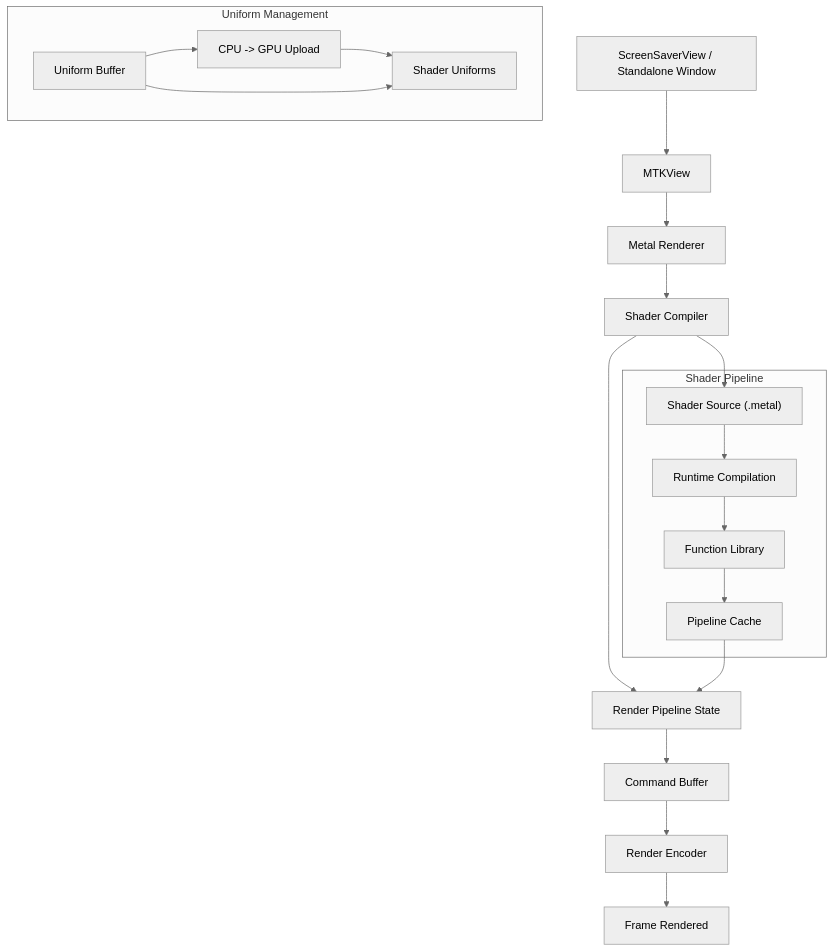
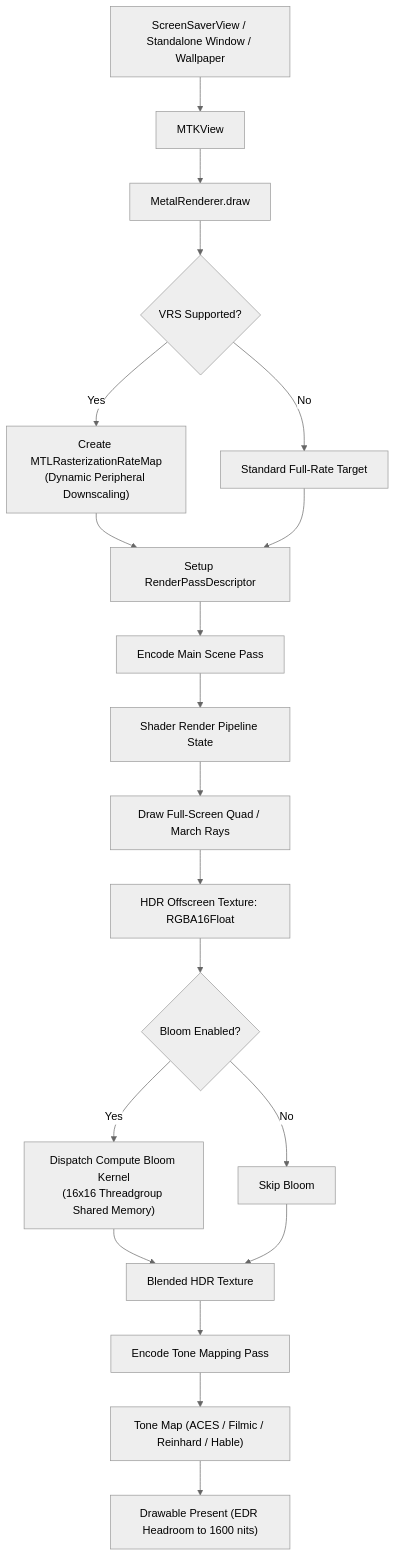
Before and after one commit to 23skdu/ShaderCandy: the first of 11 diagrams in docs/ArchitectureDiagrams.md, drawn with Mermaid (neutral theme). The commit also changed other lines of this file and 32 other files, not shown here.

````diff
--- a/docs/ArchitectureDiagrams.md
+++ b/docs/ArchitectureDiagrams.md
@@ -9,25 +12,25 @@
 ```mermaid
 flowchart TD
-    A[ScreenSaverView / Standalone Window] --> B[MTKView]
-    B --> C[Metal Renderer]
-    C --> D[Shader Compiler]
-    D --> E[Render Pipeline State]
-    E --> F[Command Buffer]
-    F --> G[Render Encoder]
-    G --> H[Frame Rendered]
+    A[ScreenSaverView / Standalone Window / Wallpaper] --> B[MTKView]
+    B --> C[MetalRenderer.draw]
+    C --> D{VRS Supported?}
+    D -->|Yes| E["Create MTLRasterizationRateMap\n(Dynamic Peripheral Downscaling)"]
+    D -->|No| F[Standard Full-Rate Target]
+    E --> G[Setup RenderPassDescriptor]
+    F --> G
 
-    subgraph "Shader Pipeline"
-        I["Shader Source (.metal)"] --> J[Runtime Compilation]
-        J --> K[Function Library]
-        K --> L[Pipeline Cache]
-    end
+    G --> H[Encode Main Scene Pass]
+    H --> I[Shader Render Pipeline State]
+    I --> J[Draw Full-Screen Quad / March Rays]
+    J --> K[HDR Offscreen Texture: RGBA16Float]
 
-    subgraph "Uniform Management"
-        M[Uniform Buffer] --> N["CPU -> GPU Upload"]
-        N --> O[Shader Uniforms]
-    end
+    K --> L{Bloom Enabled?}
+    L -->|Yes| M["Dispatch Compute Bloom Kernel\n(16x16 Threadgroup Shared Memory)"]
+    L -->|No| N[Skip Bloom]
+    M --> O[Blended HDR Texture]
+    N --> O
 
-    D --> I
-    L --> E
-    M --> O
+    O --> P[Encode Tone Mapping Pass]
+    P --> Q["Tone Map (ACES / Filmic / Reinhard / Hable)"]
+    Q --> R["Drawable Present (EDR Headroom to 1600 nits)"]
 ```
````
